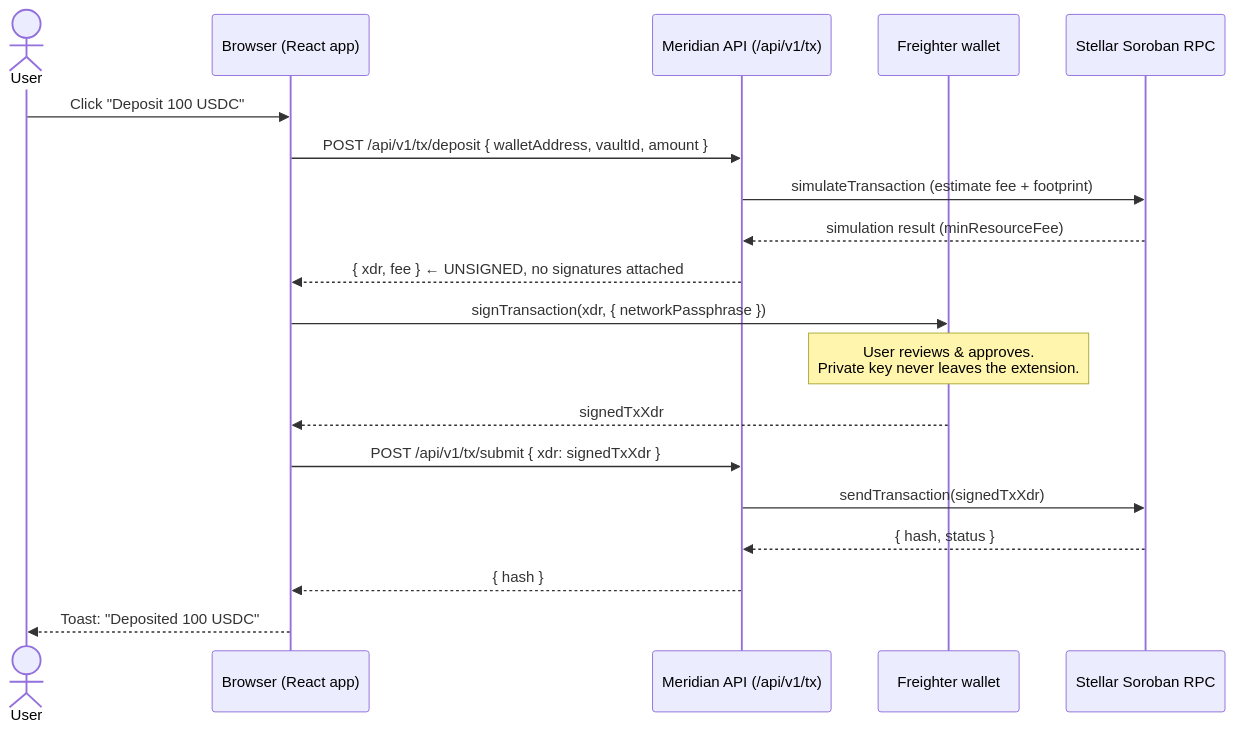
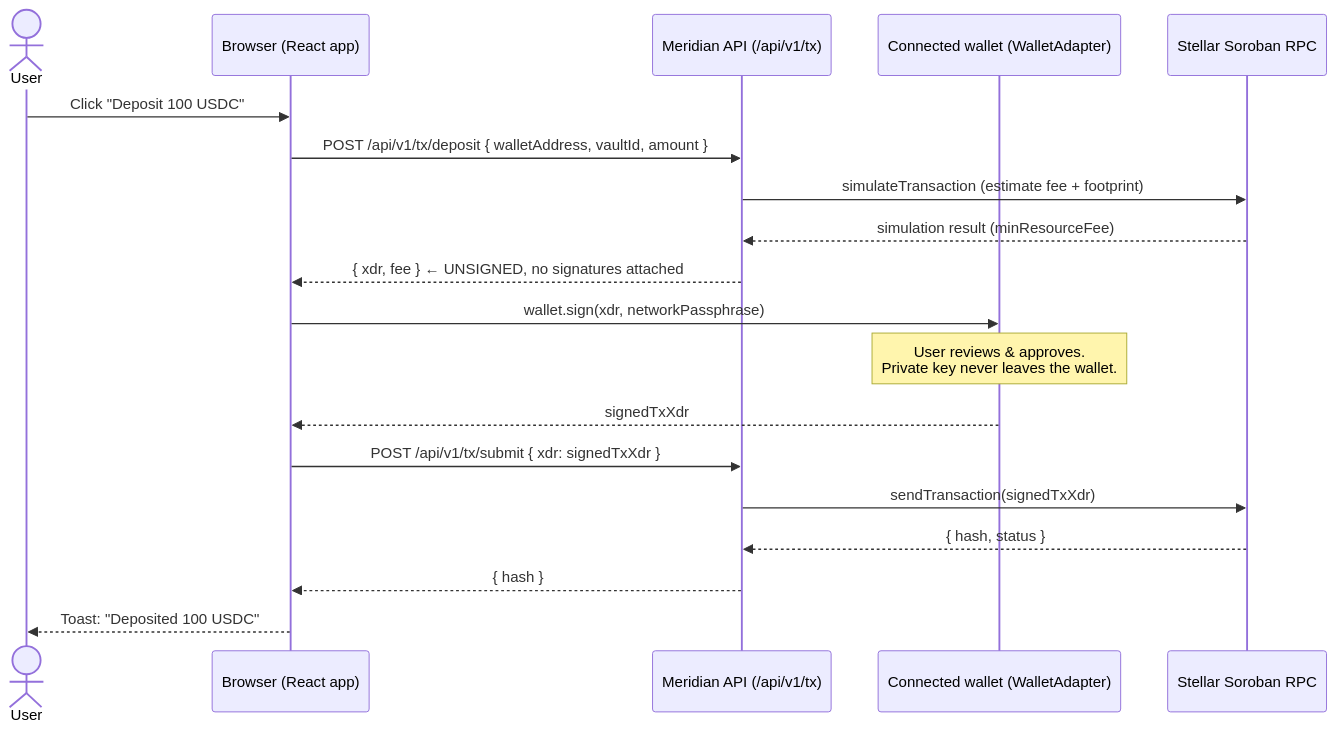
Before and after one commit to Emmycivity/meridian: the diagram in docs/signing-flow.md, drawn with Mermaid. The commit also changed other lines of this file and 1 other file, not shown here.

Commit message:
docs: describe WalletAdapter in signing-flow docs (#632)

````diff
--- a/docs/signing-flow.md
+++ b/docs/signing-flow.md
@@ -15,24 +16,24 @@
 ```mermaid
 sequenceDiagram
     actor User
     participant Browser as Browser (React app)
     participant API as Meridian API (/api/v1/tx)
-    participant Freighter as Freighter wallet
+    participant Wallet as Connected wallet (WalletAdapter)
     participant RPC as Stellar Soroban RPC
 
     User->>Browser: Click "Deposit 100 USDC"
     Browser->>API: POST /api/v1/tx/deposit { walletAddress, vaultId, amount }
     API->>RPC: simulateTransaction (estimate fee + footprint)
     RPC-->>API: simulation result (minResourceFee)
     API-->>Browser: { xdr, fee }  ← UNSIGNED, no signatures attached
 
-    Browser->>Freighter: signTransaction(xdr, { networkPassphrase })
-    Note over Freighter: User reviews & approves.<br/>Private key never leaves the extension.
-    Freighter-->>Browser: signedTxXdr
+    Browser->>Wallet: wallet.sign(xdr, networkPassphrase)
+    Note over Wallet: User reviews & approves.<br/>Private key never leaves the wallet.
+    Wallet-->>Browser: signedTxXdr
 
     Browser->>API: POST /api/v1/tx/submit { xdr: signedTxXdr }
     API->>RPC: sendTransaction(signedTxXdr)
     RPC-->>API: { hash, status }
     API-->>Browser: { hash }
     Browser-->>User: Toast: "Deposited 100 USDC"
 ```
````
